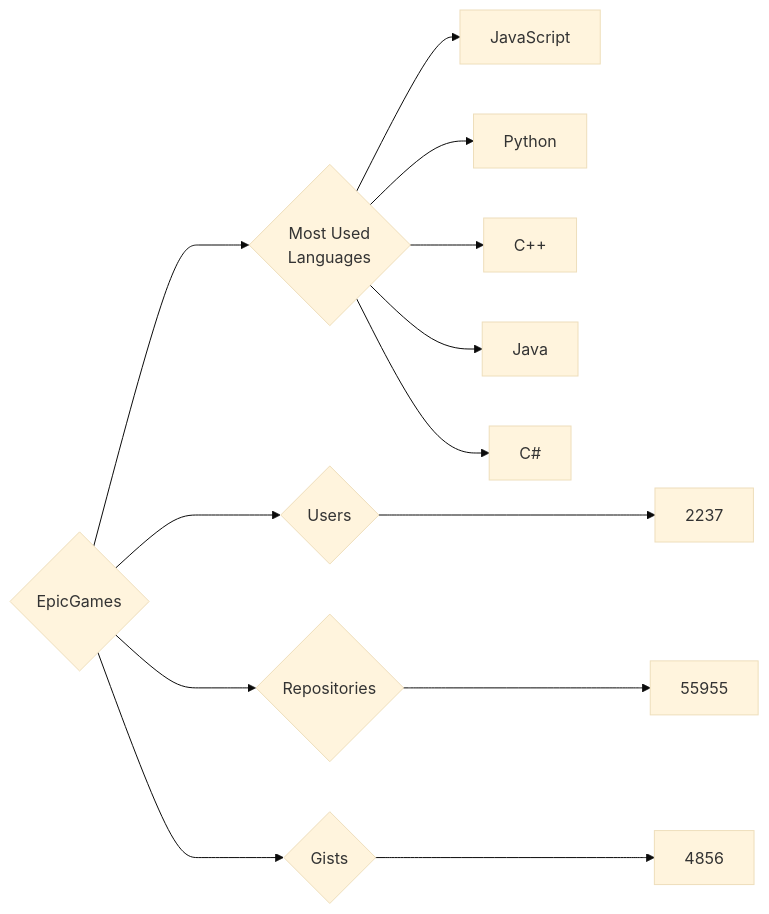
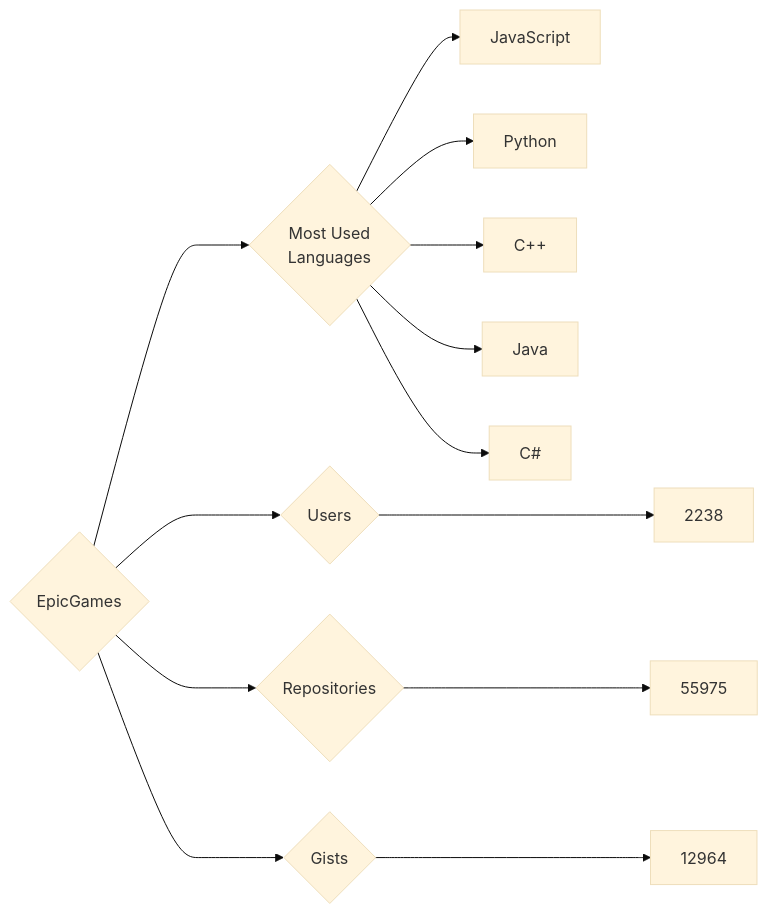
Before and after one commit to trickest/insiders: the diagram in targets/EpicGames/README.md, drawn with Mermaid (base theme). The commit also changed 794 other files, not shown here.

````diff
--- a/targets/EpicGames/README.md
+++ b/targets/EpicGames/README.md
@@ -3,13 +3,13 @@
 ```mermaid
 graph LR
 COMPANY_NAME{EpicGames}
-COMPANY_NAME ---> U{Users} ---> UN[2237]
-COMPANY_NAME ---> R{Repositories} ---> RN[55955]
-COMPANY_NAME ---> G{Gists} ---> GN[4856]
+COMPANY_NAME ---> U{Users} ---> UN[2238]
+COMPANY_NAME ---> R{Repositories} ---> RN[55975]
+COMPANY_NAME ---> G{Gists} ---> GN[12964]
 COMPANY_NAME ---> ML{Most Used<br>Languages}
 ML --> JavaScript[JavaScript]
 ML --> Python[Python]
 ML --> C++[C++]
 ML --> Java[Java]
 ML --> C#[C#]
 ```
````
